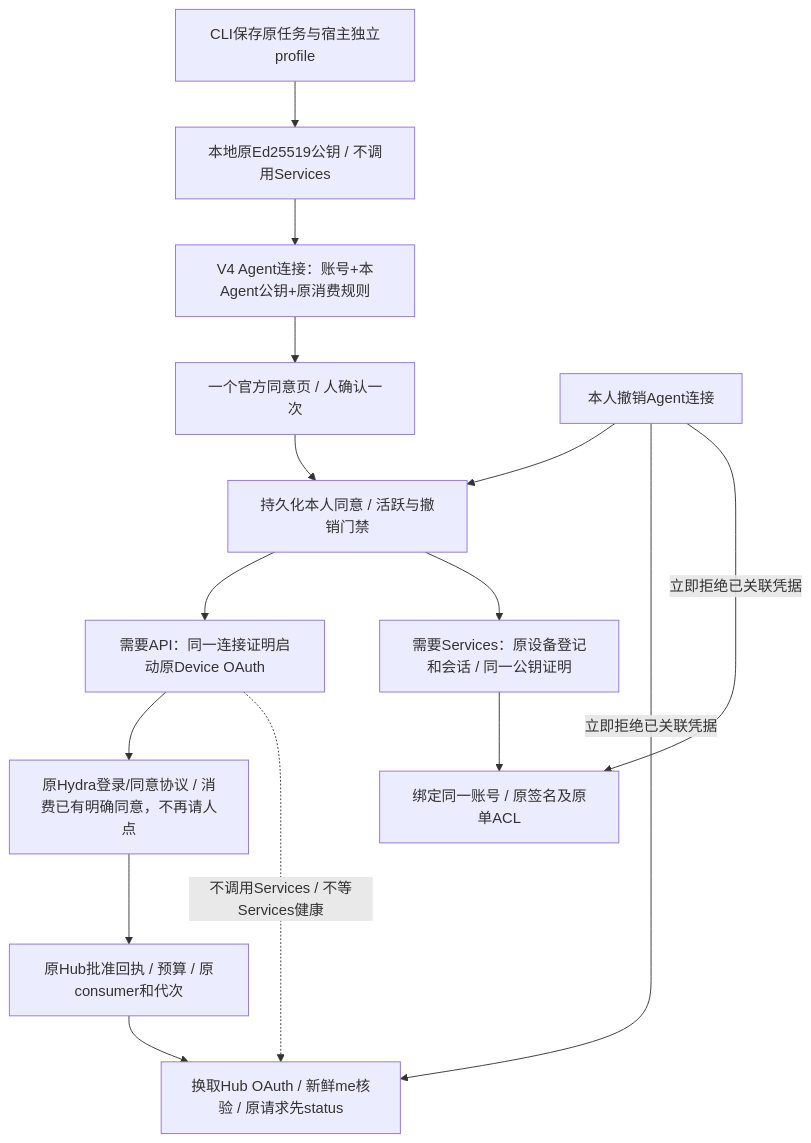
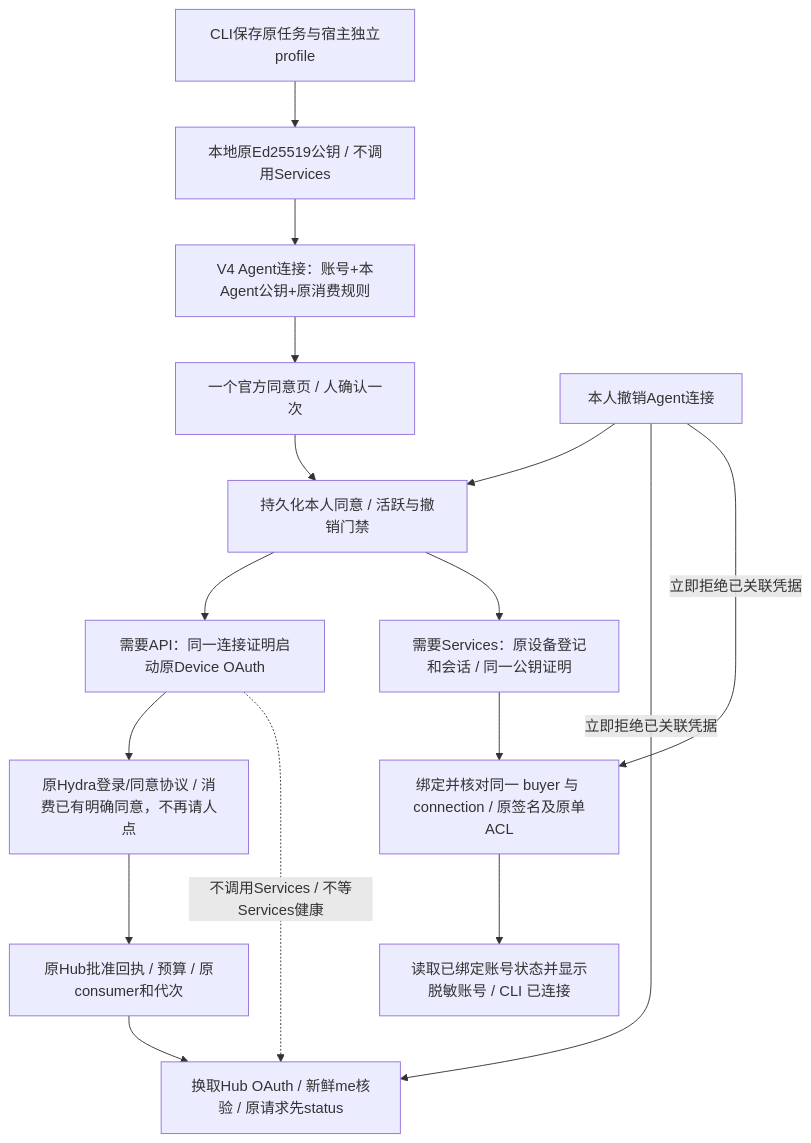
One commit to itpay-ai/cli changed the third of 5 diagrams in docs/ARCHITECTURE.md. Above: the diagram before and after it, drawn with Mermaid. The commit also changed 11 other files, not shown here.

````diff
--- a/docs/ARCHITECTURE.md
+++ b/docs/ARCHITECTURE.md
@@ -74,17 +74,18 @@
 ```mermaid
 flowchart TD
  T[CLI保存原任务与宿主独立profile] --> K[本地原Ed25519公钥 / 不调用Services]
  K --> C[V4 Agent连接：账号+本Agent公钥+原消费规则]
  C --> P[一个官方同意页 / 人确认一次]
  P --> S[持久化本人同意 / 活跃与撤销门禁]
  S --> API[需要API：同一连接证明启动原Device OAuth]
  API --> AS[原Hydra登录/同意协议 / 消费已有明确同意，不再请人点]
  AS --> H[原Hub批准回执 / 预算 / 原consumer和代次]
  H --> HT[换取Hub OAuth / 新鲜me核验 / 原请求先status]
  S --> SV[需要Services：原设备登记和会话 / 同一公钥证明]
- SV --> SB[绑定同一账号 / 原签名及原单ACL]
+ SV --> SB[绑定并核对同一 buyer 与 connection / 原签名及原单ACL]
+ SB --> SA[读取已绑定账号状态并显示脱敏账号 / CLI 已连接]
  X[本人撤销Agent连接] --> S
  X -->|立即拒绝已关联凭据| HT
  X -->|立即拒绝已关联凭据| SB
  API -.不调用Services / 不等Services健康.-> HT
 ```
````
